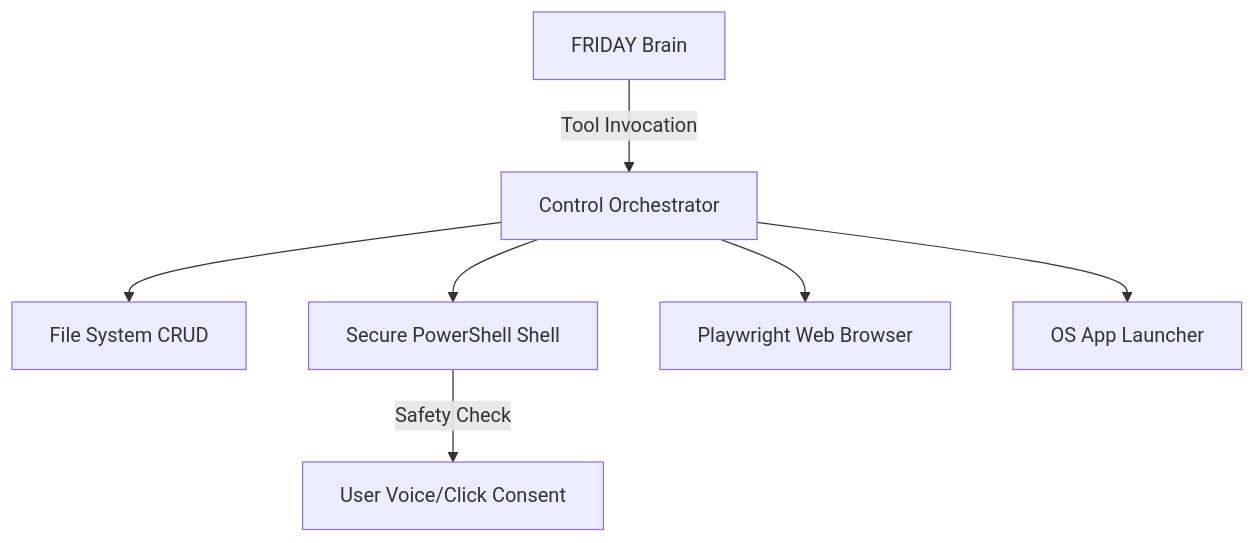
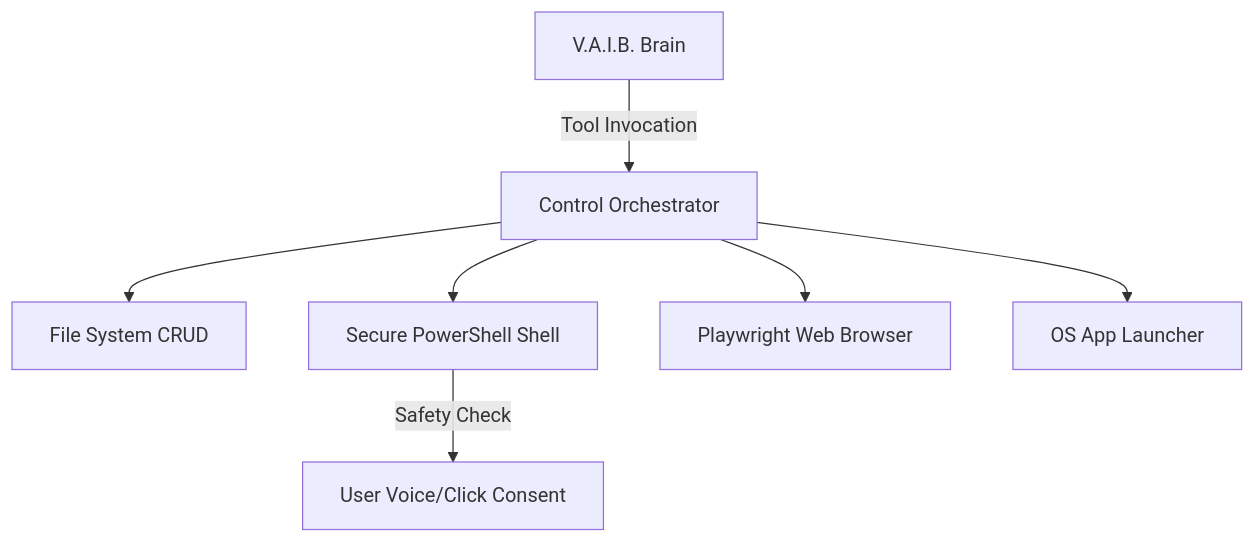
Before and after one commit to 113vab/VAIB: the diagram in docs/roadmap.md, drawn with Mermaid. The commit also changed other lines of this file and 34 other files, not shown here.

````diff
--- a/docs/roadmap.md
+++ b/docs/roadmap.md
@@ -11,10 +11,10 @@
 ```mermaid
 graph TD
-    Agent[FRIDAY Brain] -->|Tool Invocation| Control[Control Orchestrator]
+    Agent[V.A.I.B. Brain] -->|Tool Invocation| Control[Control Orchestrator]
     Control --> FileSys[File System CRUD]
     Control --> Shell[Secure PowerShell Shell]
     Control --> Browser[Playwright Web Browser]
     Control --> Apps[OS App Launcher]
     
     Shell -->|Safety Check| Confirm[User Voice/Click Consent]
 ```
````
